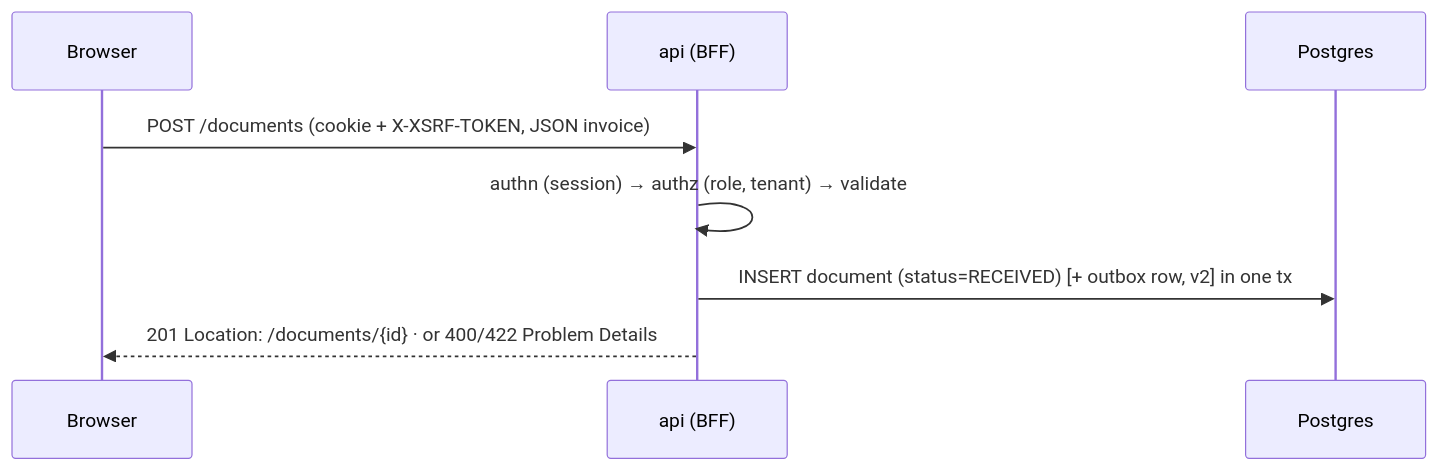
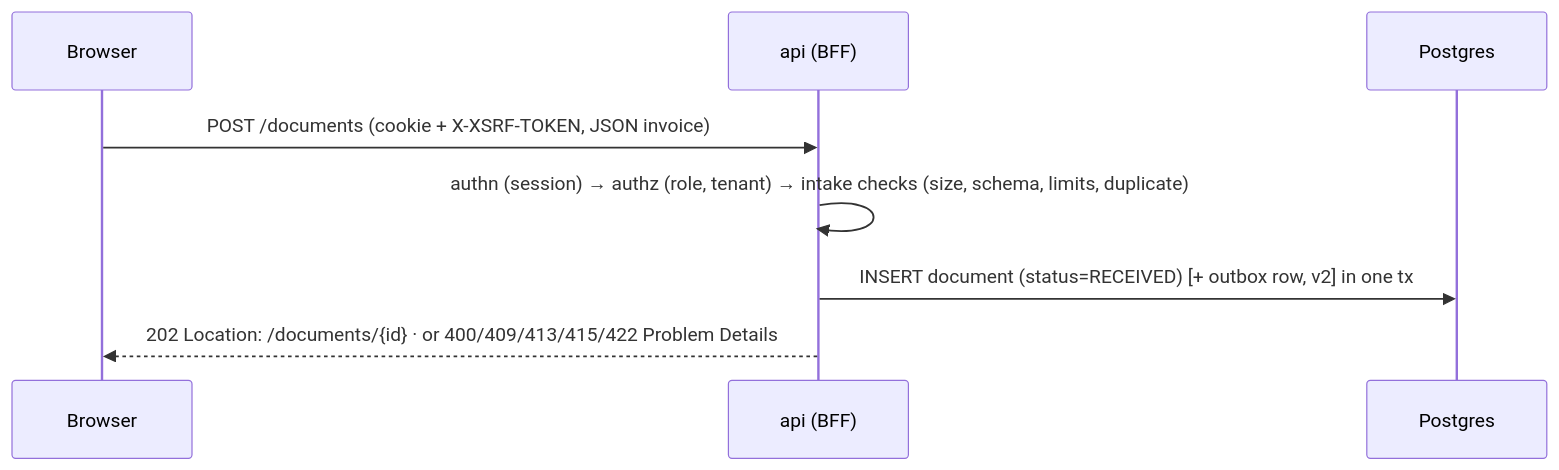
Before and after one commit to mprskalo01/invoice-relay: the third of 4 diagrams in docs/architecture.md, drawn with Mermaid. The commit also changed other lines of this file and 5 other files, not shown here.

````diff
--- a/docs/architecture.md
+++ b/docs/architecture.md
@@ -60,10 +60,10 @@
 ```mermaid
 sequenceDiagram
   participant B as Browser
   participant A as api (BFF)
   participant DB as Postgres
   B->>A: POST /documents (cookie + X-XSRF-TOKEN, JSON invoice)
-  A->>A: authn (session) → authz (role, tenant) → validate
+  A->>A: authn (session) → authz (role, tenant) → intake checks (size, schema, limits, duplicate)
   A->>DB: INSERT document (status=RECEIVED) [+ outbox row, v2] in one tx
-  A-->>B: 201 Location: /documents/{id} · or 400/422 Problem Details
+  A-->>B: 202 Location: /documents/{id} · or 400/409/413/415/422 Problem Details
 ```
````
